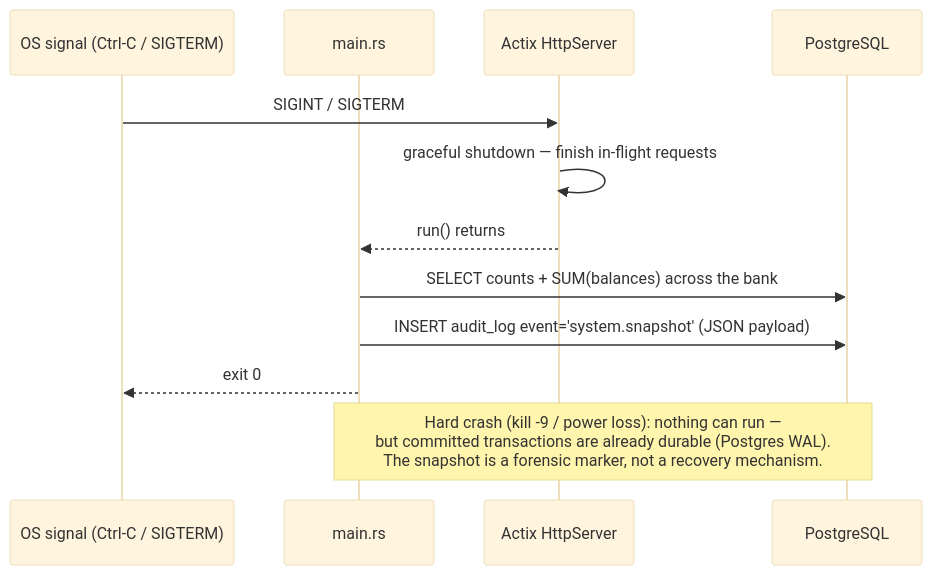
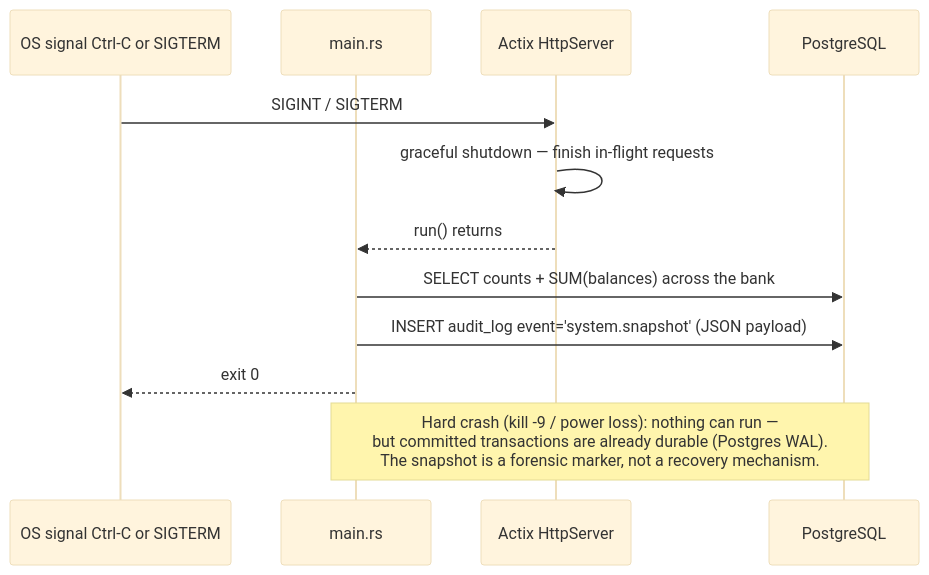
The seventh of 12 diagrams in docs/FLOWS.md (cthyuiii/FerroBank), drawn with Mermaid (base theme) before and after one commit. The commit also changed other lines of this file and 64 other files, not shown here.

````diff
--- a/docs/FLOWS.md
+++ b/docs/FLOWS.md
@@ -196,15 +197,15 @@
 ```mermaid
 sequenceDiagram
-    participant OS as OS signal (Ctrl-C / SIGTERM)
+    participant OS as OS signal Ctrl-C or SIGTERM
     participant M as main.rs
     participant AX as Actix HttpServer
     participant P as PostgreSQL
 
     OS->>AX: SIGINT / SIGTERM
     AX->>AX: graceful shutdown — finish in-flight requests
     AX-->>M: run() returns
     M->>P: SELECT counts + SUM(balances) across the bank
     M->>P: INSERT audit_log event='system.snapshot' (JSON payload)
     M-->>OS: exit 0
     Note over M,P: Hard crash (kill -9 / power loss): nothing can run —<br/>but committed transactions are already durable (Postgres WAL).<br/>The snapshot is a forensic marker, not a recovery mechanism.
 ```
````
